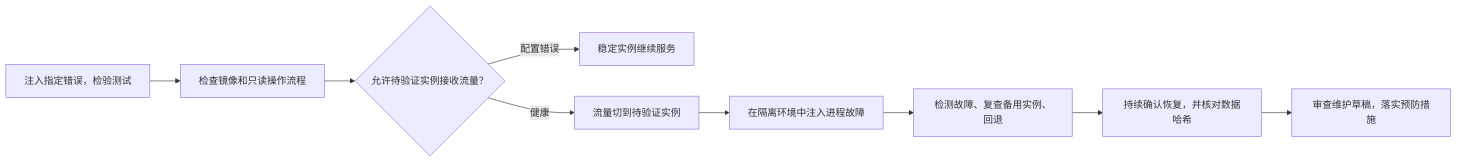
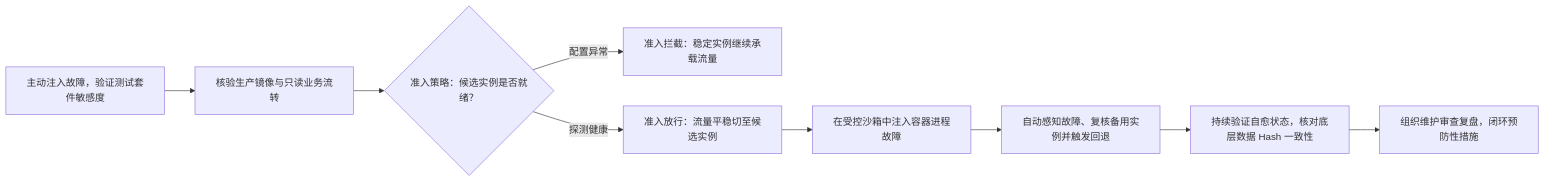
The diagram in docs/guides/ai-native-sdlc/zh/04-deploy-operate.md (huangyingting/ai-native-sdlc), drawn with Mermaid before and after one commit. The commit also changed other lines of this file and 15 other files, not shown here.

````diff
--- a/docs/guides/ai-native-sdlc/zh/04-deploy-operate.md
+++ b/docs/guides/ai-native-sdlc/zh/04-deploy-operate.md
@@ -102,11 +81,11 @@
 ```mermaid
 flowchart LR
-  T["注入指定错误，检验测试"] --> A["检查镜像和只读操作流程"]
-  A --> G{"允许待验证实例接收流量？"}
-  G -->|"配置错误"| S["稳定实例继续服务"]
-  G -->|"健康"| C["流量切到待验证实例"]
-  C --> F["在隔离环境中注入进程故障"]
-  F --> R["检测故障、复查备用实例、回退"]
-  R --> W["持续确认恢复，并核对数据哈希"]
-  W --> M["审查维护草稿，落实预防措施"]
+  T["主动注入故障，验证测试套件敏感度"] --> A["核验生产镜像与只读业务流转"]
+  A --> G{"准入策略：候选实例是否就绪？"}
+  G -->|"配置异常"| S["准入拦截：稳定实例继续承载流量"]
+  G -->|"探测健康"| C["准入放行：流量平稳切至候选实例"]
+  C --> F["在受控沙箱中注入容器进程故障"]
+  F --> R["自动感知故障、复核备用实例并触发回退"]
+  R --> W["持续验证自愈状态，核对底层数据 Hash 一致性"]
+  W --> M["组织维护审查复盘，闭环预防性措施"]
 ```
````
